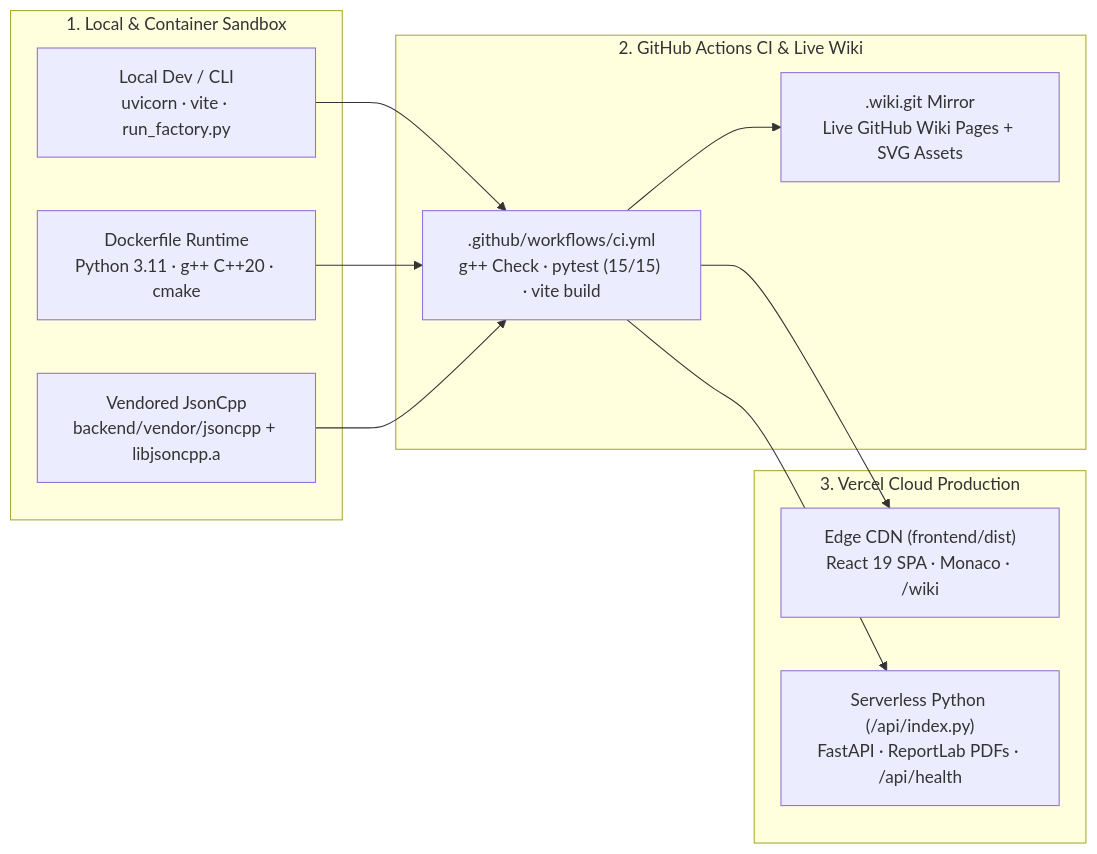
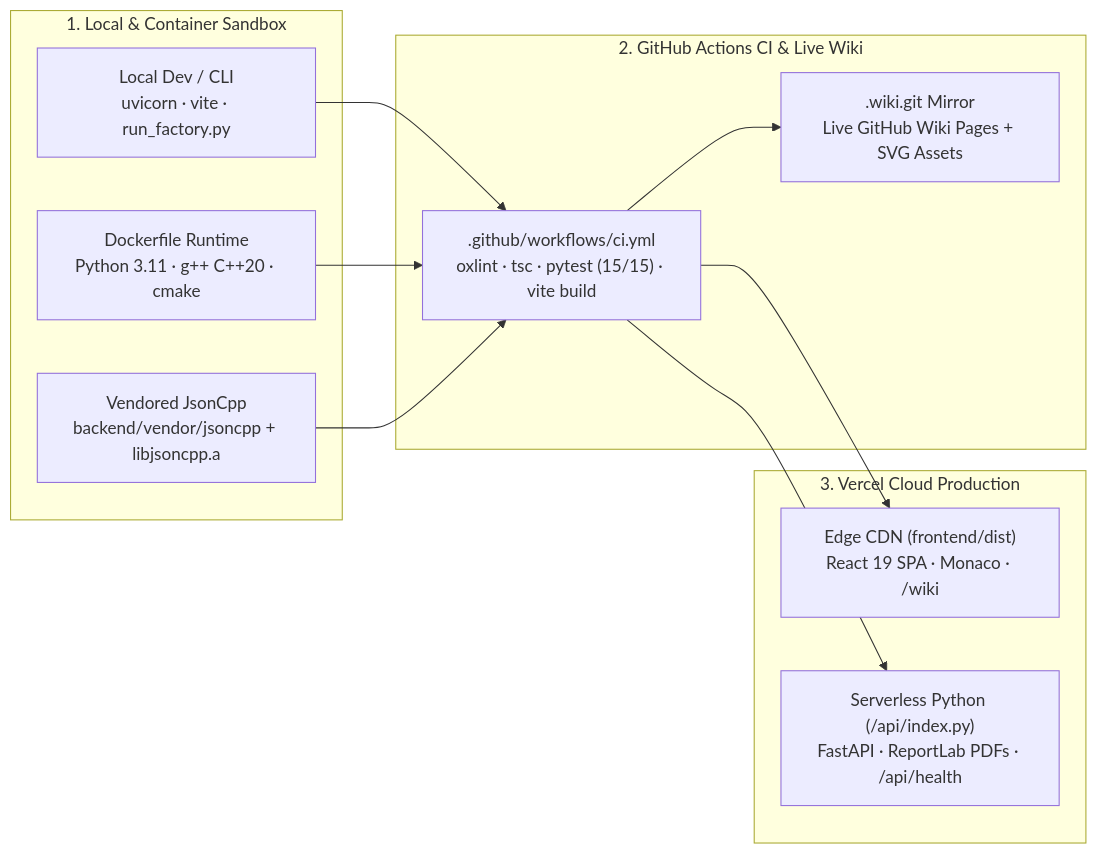
Before and after one commit to Ranjeet7680/AI-Powered-Coding-Challenge-Developer-Assessment-Platform: the third of 3 diagrams in wiki/Architecture.md, drawn with Mermaid. The commit also changed other lines of this file and 8 other files, not shown here.

Commit message:
docs(readme,wiki): update documentation, SVG headers, and architecture wiki

````diff
--- a/wiki/Architecture.md
+++ b/wiki/Architecture.md
@@ -168,21 +183,21 @@
 ```mermaid
 flowchart LR
   subgraph LocalDocker["1. Local & Container Sandbox"]
     DEV["Local Dev / CLI<br/>uvicorn · vite · run_factory.py"]
     DOCK["Dockerfile Runtime<br/>Python 3.11 · g++ C++20 · cmake"]
     JSON["Vendored JsonCpp<br/>backend/vendor/jsoncpp + libjsoncpp.a"]
   end
 
   subgraph CI["2. GitHub Actions CI & Live Wiki"]
-    GHA[".github/workflows/ci.yml<br/>g++ Check · pytest (15/15) · vite build"]
+    GHA[".github/workflows/ci.yml<br/>oxlint · tsc · pytest (15/15) · vite build"]
     WIKI[".wiki.git Mirror<br/>Live GitHub Wiki Pages + SVG Assets"]
   end
 
   subgraph Prod["3. Vercel Cloud Production"]
     CDN["Edge CDN (frontend/dist)<br/>React 19 SPA · Monaco · /wiki"]
     API["Serverless Python (/api/index.py)<br/>FastAPI · ReportLab PDFs · /api/health"]
   end
 
   DEV & DOCK & JSON --> GHA
   GHA --> CDN & API & WIKI
 ```
````
